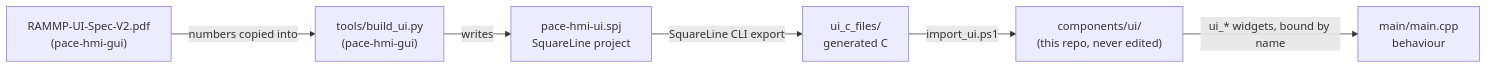
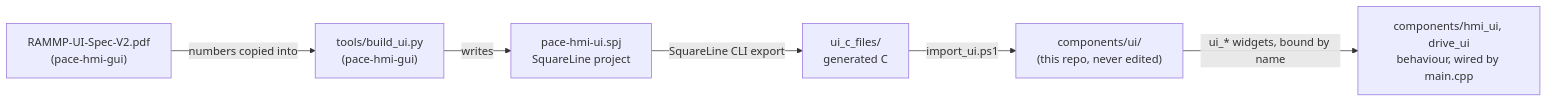
The first of 3 diagrams in docs/ui-architecture.md (rammp-org/pace-hmi-fw), drawn with Mermaid before and after one commit. The commit also changed other lines of this file and 7 other files, not shown here.

````diff
--- a/docs/ui-architecture.md
+++ b/docs/ui-architecture.md
@@ -16,8 +20,8 @@
 ```mermaid
 flowchart LR
   spec["RAMMP-UI-Spec-V2.pdf<br/>(pace-hmi-gui)"] -->|numbers copied into| build["tools/build_ui.py<br/>(pace-hmi-gui)"]
   build -->|writes| spj["pace-hmi-ui.spj<br/>SquareLine project"]
   spj -->|SquareLine CLI export| cfiles["ui_c_files/<br/>generated C"]
   cfiles -->|import_ui.ps1| ui["components/ui/<br/>(this repo, never edited)"]
-  ui -->|ui_* widgets, bound by name| fw["main/main.cpp<br/>behaviour"]
+  ui -->|ui_* widgets, bound by name| fw["components/hmi_ui, drive_ui<br/>behaviour, wired by main.cpp"]
 ```
````
